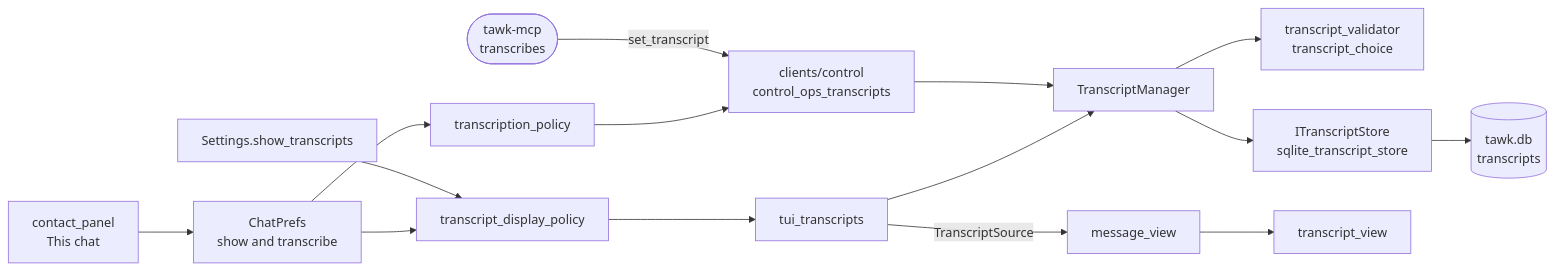
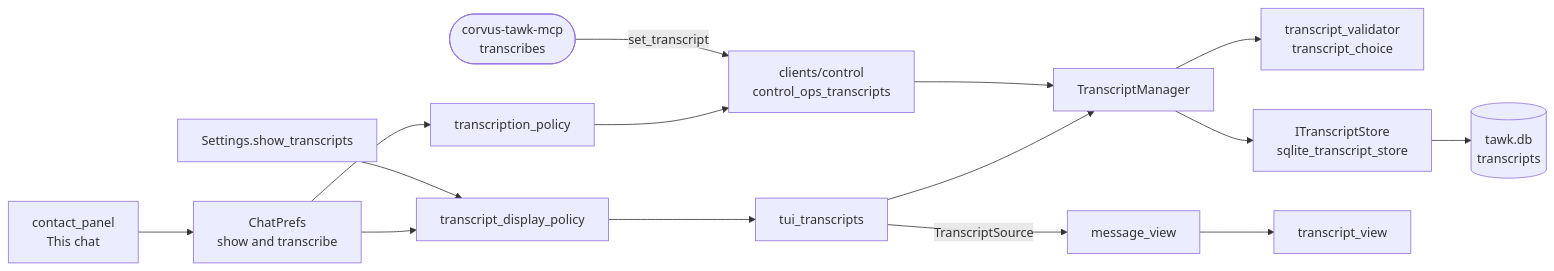
Before and after one commit to loganventer/Corvus.App.Terminal.Tawk: the diagram in docs/plans/roadmap.md, drawn with Mermaid. The commit also changed other lines of this file and 16 other files, not shown here.

First line of the commit message:
Update every document to corvus-tawk and the corvus/tawk folders

````diff
--- a/docs/plans/roadmap.md
+++ b/docs/plans/roadmap.md
@@ -121,17 +121,17 @@
 ```mermaid
 flowchart LR
-    MCP(["tawk-mcp<br/>transcribes"]) -->|set_transcript| CTL["clients/control<br/>control_ops_transcripts"]
+    MCP(["corvus-tawk-mcp<br/>transcribes"]) -->|set_transcript| CTL["clients/control<br/>control_ops_transcripts"]
     CTL --> TM["TranscriptManager"]
     TM --> EN["transcript_validator<br/>transcript_choice"]
     TM --> ST["ITranscriptStore<br/>sqlite_transcript_store"]
     ST --> DB[("tawk.db<br/>transcripts")]
     TUI["tui_transcripts"] --> TM
     TUI -->|TranscriptSource| MV["message_view"]
     MV --> TV["transcript_view"]
     SET["Settings.show_transcripts"] --> POL["transcript_display_policy"]
     PREFS["ChatPrefs<br/>show and transcribe"] --> POL
     POL --> TUI
     PREFS --> TP["transcription_policy"]
     TP --> CTL
     CARD["contact_panel<br/>This chat"] --> PREFS
 ```
````
